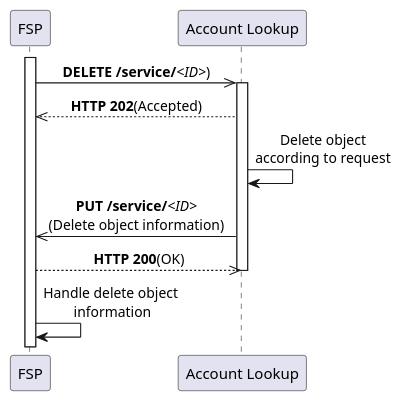
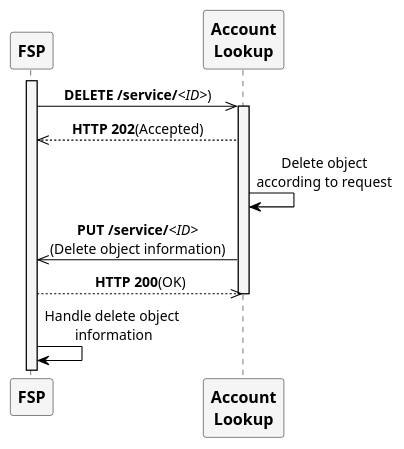
Before and after one commit to mojaloop/mojaloop-specification: the diagram in assets/diagrams/sequence/figure3.plantuml, drawn with PlantUML. The commit also changed 17 other files, not shown here.

Commit message:
Added skinparam's  to sequence diagrams. Introduced customised actor image for sequence diagrams.

```diff
--- a/assets/diagrams/sequence/figure3.plantuml
+++ b/assets/diagrams/sequence/figure3.plantuml
@@ -25,27 +25,36 @@
 @startuml
 ' declaring skinparam
 skinparam sequenceMessageAlign center
+skinparam shadowing false
+skinparam defaultFontName Calibri
+skinparam monochrome true
+skinparam SequenceLifeLineBackgroundColor WhiteSmoke
+skinparam SequenceLifeLineBorderColor Black
+skinparam ParticipantFontStyle Bold
+skinparam ParticipantFontSize 15
+skinparam ParticipantBackgroundColor WhiteSmoke
+skinparam ArrowColor Black
 
 ' declare title
 ' title HTTP DELETE call flow
 
 ' Actor Keys:
-' participant - FSP or Switch
+' participant - FSP and Account Lookup
 
 ' declare actors
 participant "FSP" as FSP
-participant "Account Lookup" as ALS
+participant "Account\nLookup" as ALS
 
 ' start flow
 
 activate FSP
 FSP ->> ALS: **DELETE /service/**//<ID>//)
 activate ALS
 FSP <<-- ALS: **HTTP 202**(Accepted)
 ALS -> ALS: Delete object\naccording to request
 FSP <<- ALS: **PUT /service/**//<ID>//\n(Delete object information)
 FSP -->> ALS: **HTTP 200**(OK)
 deactivate ALS
 FSP -> FSP: Handle delete object\n information
 ' deactivate FSP
 @enduml
```
